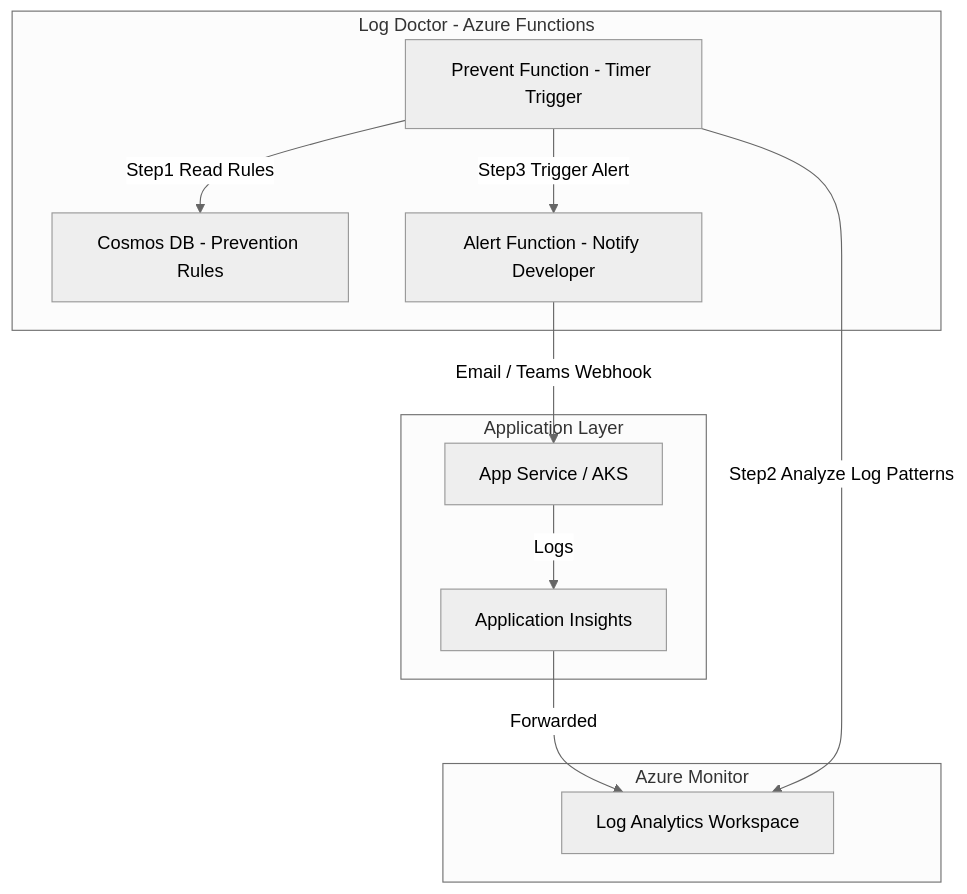
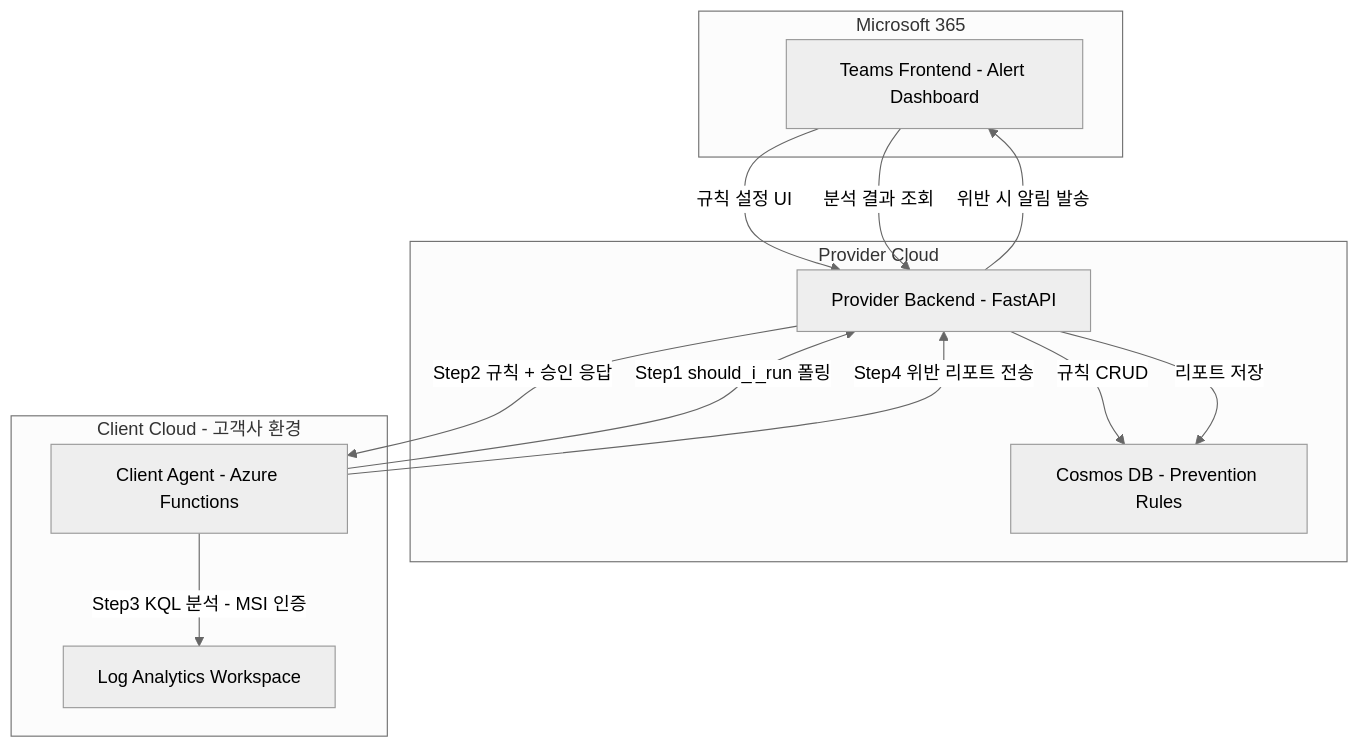
Before and after one commit to chjcmy/study: the sixth of 21 diagrams in azure/projects/log-doctor-plan.md, drawn with Mermaid (neutral theme). The commit also changed other lines of this file, not shown here.

````diff
--- a/azure/projects/log-doctor-plan.md
+++ b/azure/projects/log-doctor-plan.md
@@ -226,24 +229,28 @@
 ```mermaid
 graph TB
-    subgraph Application Layer
-        App["App Service / AKS"]
-        AppConfig["Application Insights"]
+    subgraph Microsoft 365
+        Teams["Teams Frontend - Alert Dashboard"]
     end
 
-    subgraph Log Doctor - Azure Functions
-        PreventFn["Prevent Function - Timer Trigger"]
-        RuleDB["Cosmos DB - Prevention Rules"]
-        AlertFn["Alert Function - Notify Developer"]
+    subgraph Provider Cloud
+        PB["Provider Backend - FastAPI"]
+        CosmosDB["Cosmos DB - Prevention Rules"]
     end
 
-    subgraph Azure Monitor
+    subgraph Client Cloud - 고객사 환경
+        Agent["Client Agent - Azure Functions"]
         LAW["Log Analytics Workspace"]
     end
 
-    App -->|Logs| AppConfig
-    AppConfig -->|Forwarded| LAW
-    PreventFn -->|Step1 Read Rules| RuleDB
-    PreventFn -->|Step2 Analyze Log Patterns| LAW
-    PreventFn -->|Step3 Trigger Alert| AlertFn
-    AlertFn -->|Email / Teams Webhook| App
+    Teams -->|규칙 설정 UI| PB
+    PB -->|규칙 CRUD| CosmosDB
+
+    Agent -->|Step1 should_i_run 폴링| PB
+    PB -->|Step2 규칙 + 승인 응답| Agent
+    Agent -->|Step3 KQL 분석 - MSI 인증| LAW
+    Agent -->|Step4 위반 리포트 전송| PB
+    PB -->|리포트 저장| CosmosDB
+
+    PB -->|위반 시 알림 발송| Teams
+    Teams -->|분석 결과 조회| PB
 ```
````
